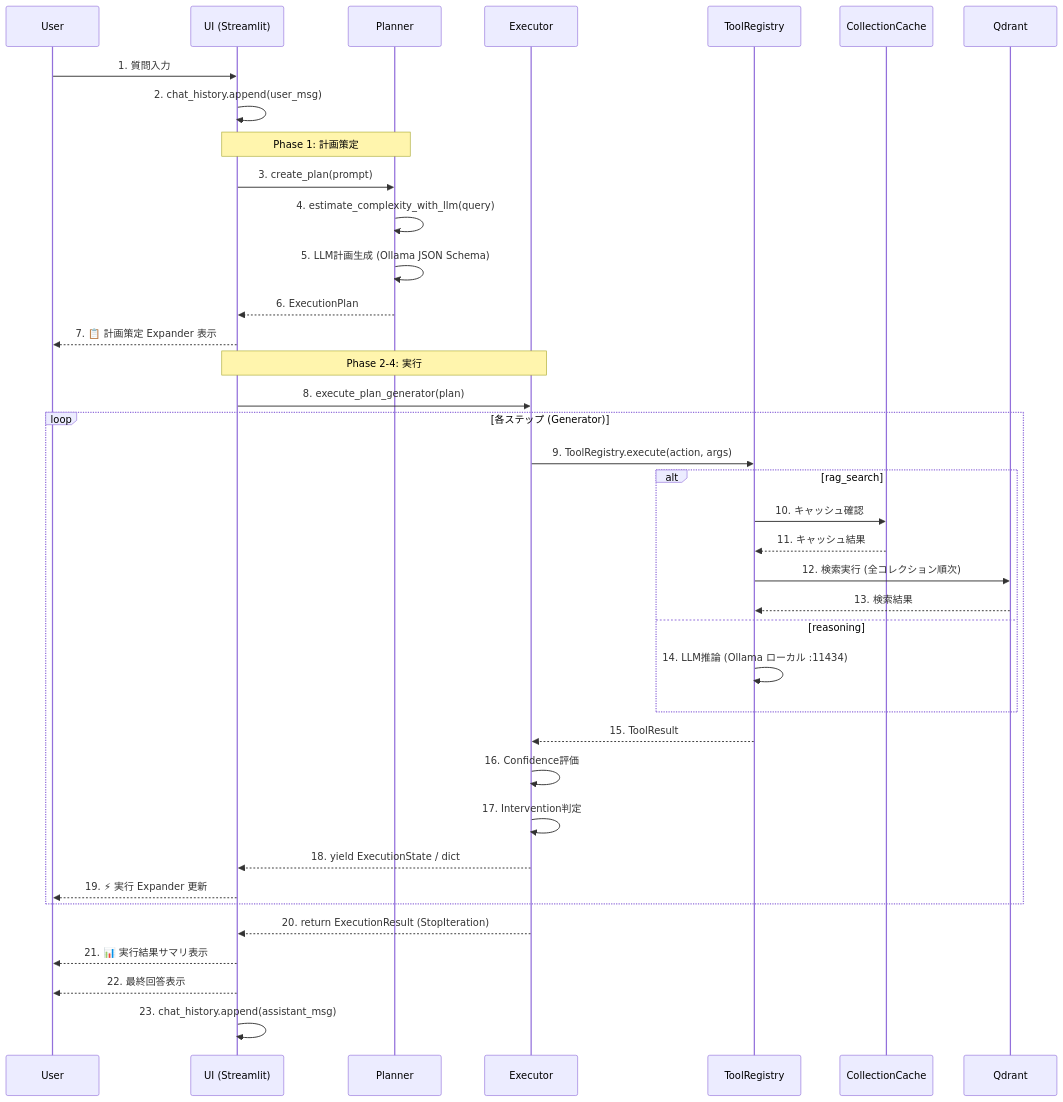
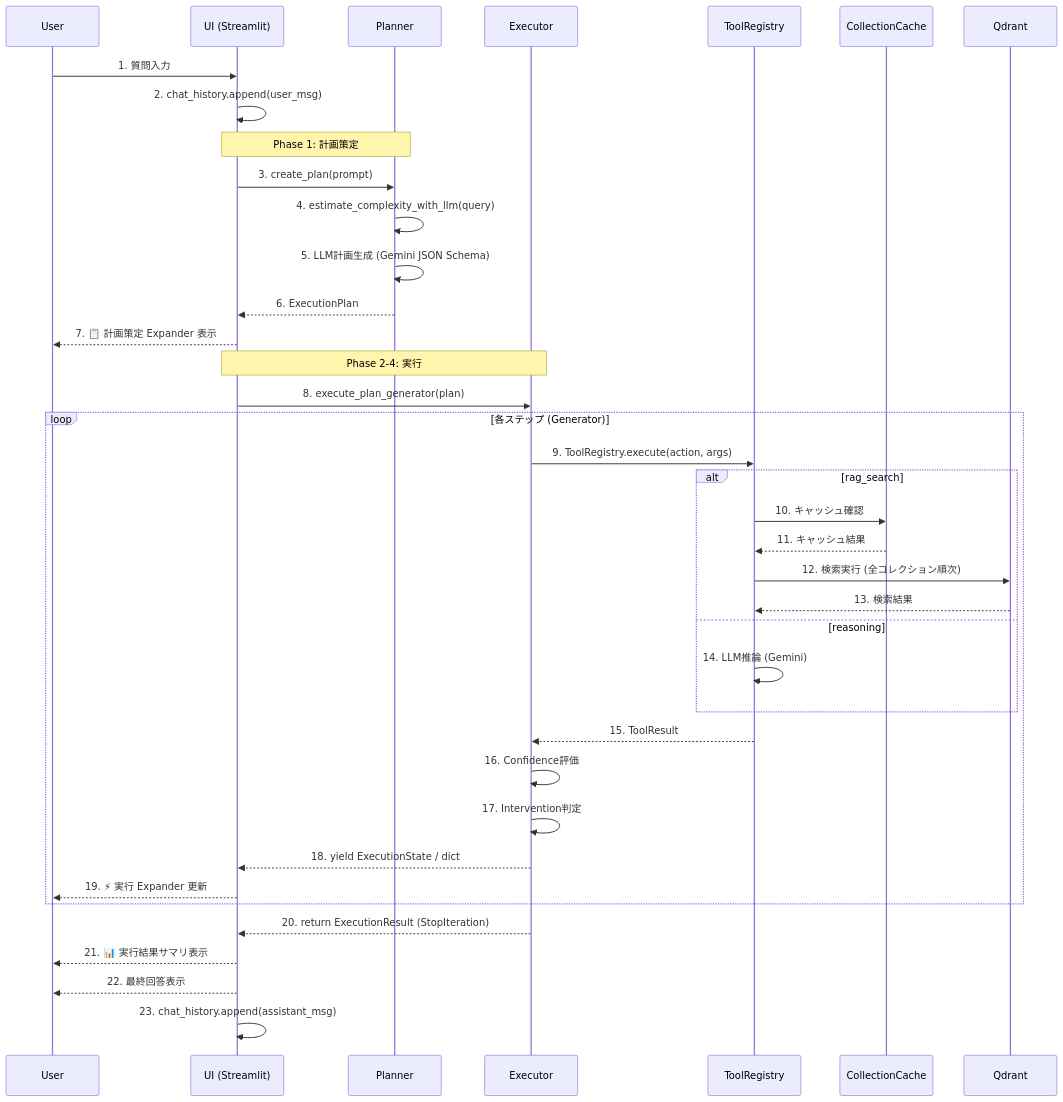
The eighth of 13 diagrams in README.md (nakashima2toshio/ollama_grace_agent), drawn with Mermaid before and after one commit. The commit also changed other lines of this file and 6 other files, not shown here.

````diff
--- a/README.md
+++ b/README.md
@@ -631,50 +630,50 @@
 ```mermaid
 sequenceDiagram
     participant User as User
     participant UI as UI (Streamlit)
     participant Planner as Planner
     participant Executor as Executor
     participant Tools as ToolRegistry
     participant Cache as CollectionCache
     participant Qdrant as Qdrant
 
     User->>UI: 1. 質問入力
     UI->>UI: 2. chat_history.append(user_msg)
 
     Note over UI,Planner: Phase 1: 計画策定
 
     UI->>Planner: 3. create_plan(prompt)
     Planner->>Planner: 4. estimate_complexity_with_llm(query)
-    Planner->>Planner: 5. LLM計画生成 (Ollama JSON Schema)
+    Planner->>Planner: 5. LLM計画生成 (Gemini JSON Schema)
     Planner-->>UI: 6. ExecutionPlan
     UI-->>User: 7. 📋 計画策定 Expander 表示
 
     Note over UI,Executor: Phase 2-4: 実行
 
     UI->>Executor: 8. execute_plan_generator(plan)
 
     loop 各ステップ (Generator)
         Executor->>Tools: 9. ToolRegistry.execute(action, args)
 
         alt rag_search
             Tools->>Cache: 10. キャッシュ確認
             Cache-->>Tools: 11. キャッシュ結果
             Tools->>Qdrant: 12. 検索実行 (全コレクション順次)
             Qdrant-->>Tools: 13. 検索結果
         else reasoning
-            Tools->>Tools: 14. LLM推論 (Ollama ローカル :11434)
+            Tools->>Tools: 14. LLM推論 (Gemini)
         end
 
         Tools-->>Executor: 15. ToolResult
         Executor->>Executor: 16. Confidence評価
         Executor->>Executor: 17. Intervention判定
 
         Executor-->>UI: 18. yield ExecutionState / dict
         UI-->>User: 19. ⚡ 実行 Expander 更新
     end
 
     Executor-->>UI: 20. return ExecutionResult (StopIteration)
     UI-->>User: 21. 📊 実行結果サマリ表示
     UI-->>User: 22. 最終回答表示
     UI->>UI: 23. chat_history.append(assistant_msg)
 ```
````
